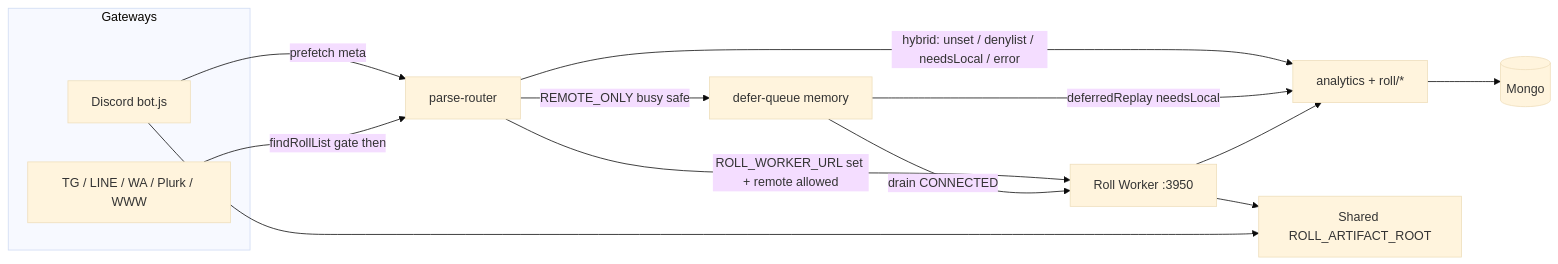
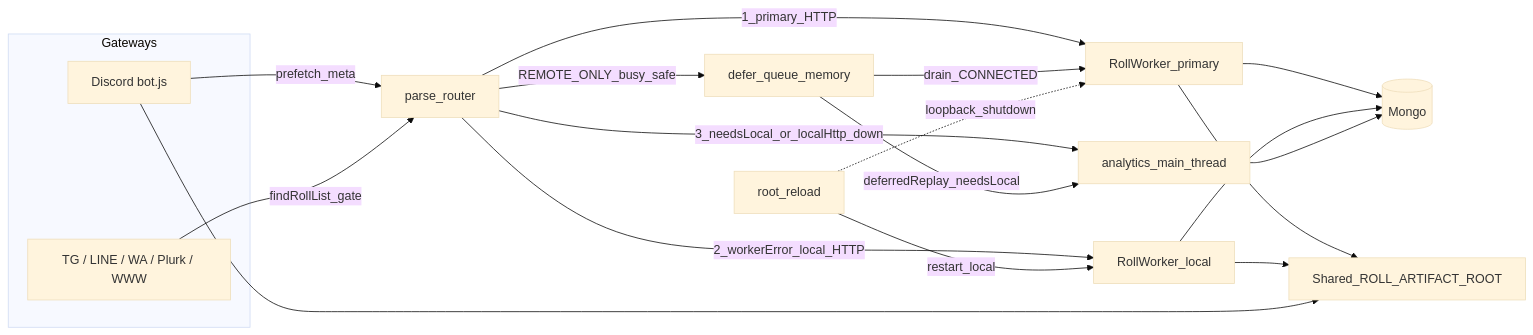
One commit to hktrpg/TG.line.Discord.Roll.Bot changed the diagram in docs/roll-worker.md. Above: the diagram before and after it, drawn with Mermaid (base theme). The commit also changed other lines of this file and 17 other files, not shown here.

First line of the commit message:
Add local worker fallback and reload controls

````diff
--- a/docs/roll-worker.md
+++ b/docs/roll-worker.md
@@ -150,25 +308,31 @@
 ```mermaid
 flowchart LR
   subgraph Gateways
     D[Discord bot.js]
     T[TG / LINE / WA / Plurk / WWW]
   end
-  PR[parse-router]
-  Q[defer-queue memory]
-  W[Roll Worker :3950]
-  A[analytics + roll/*]
+  PR[parse_router]
+  Q[defer_queue_memory]
+  W[RollWorker_primary]
+  LW[RollWorker_local]
+  A[analytics_main_thread]
   M[(Mongo)]
-  FS[Shared ROLL_ARTIFACT_ROOT]
+  FS[Shared_ROLL_ARTIFACT_ROOT]
 
-  D -->|prefetch meta| PR
-  T -->|findRollList gate then| PR
-  PR -->|ROLL_WORKER_URL set + remote allowed| W
-  PR -->|hybrid: unset / denylist / needsLocal / error| A
-  PR -->|REMOTE_ONLY busy safe| Q
-  Q -->|drain CONNECTED| W
-  Q -->|deferredReplay needsLocal| A
-  W --> A
+  D -->|prefetch_meta| PR
+  T -->|findRollList_gate| PR
+  PR -->|"1_primary_HTTP"| W
+  PR -->|"2_workerError_local_HTTP"| LW
+  PR -->|"3_needsLocal_or_localHttp_down"| A
+  PR -->|REMOTE_ONLY_busy_safe| Q
+  Q -->|drain_CONNECTED| W
+  Q -->|deferredReplay_needsLocal| A
+  W --> M
+  LW --> M
   A --> M
   W --> FS
+  LW --> FS
   D --> FS
+  Admin["root_reload"] -->|restart_local| LW
+  Admin -.->|loopback_shutdown| W
 ```
````
